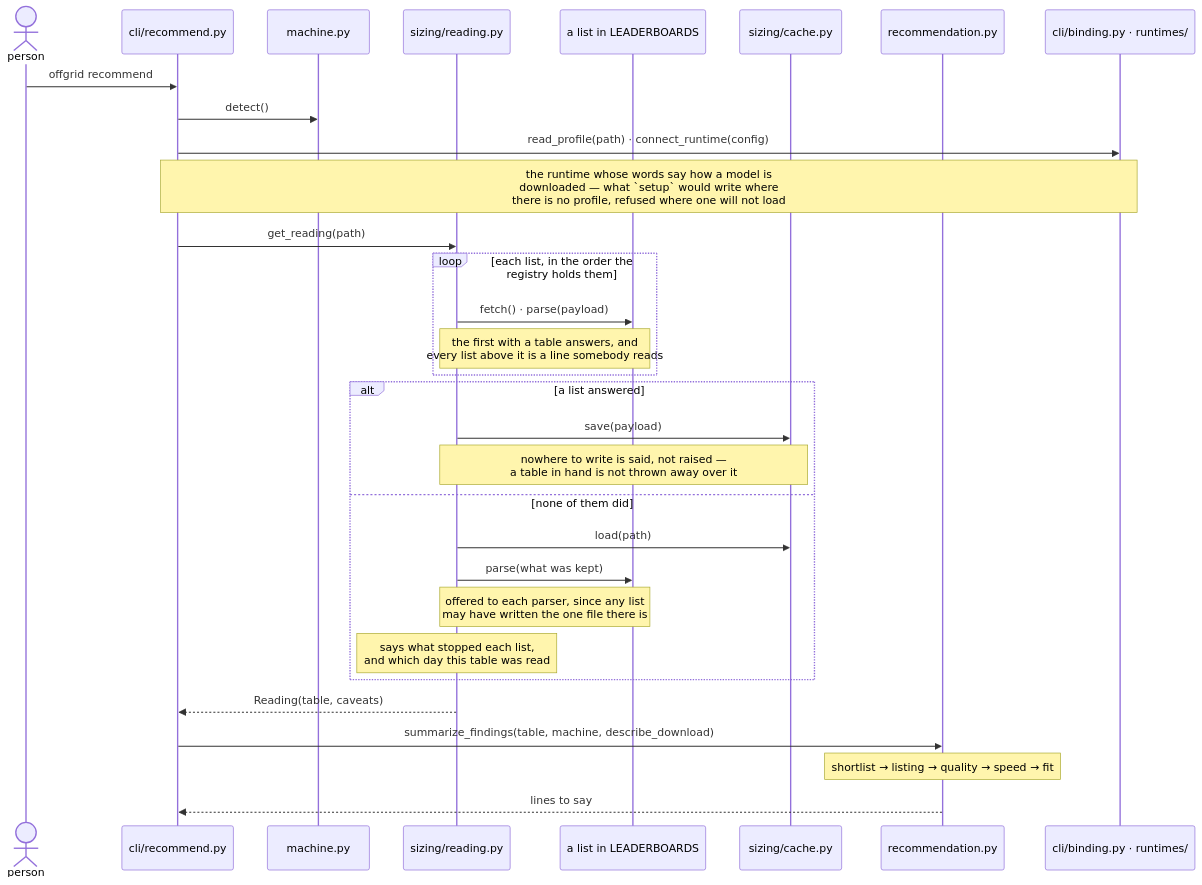
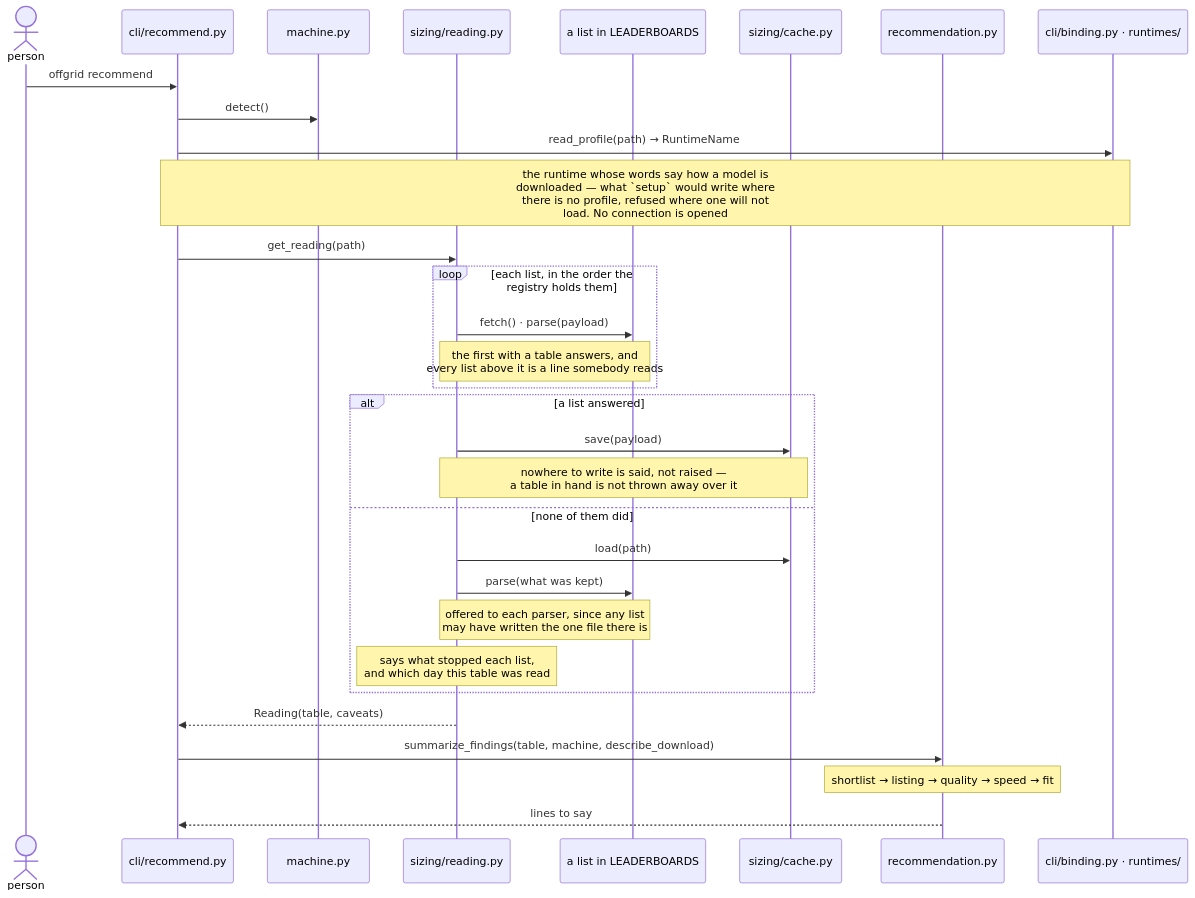
The third of 3 diagrams in docs/architecture.md (pvardanis/offgrid), drawn with Mermaid before and after one commit. The commit also changed other lines of this file and 14 other files, not shown here.

First line of the commit message:
refactor(binding): ask the registry how a model is downloaded

````diff
--- a/docs/architecture.md
+++ b/docs/architecture.md
@@ -365,34 +365,34 @@
 ```mermaid
 sequenceDiagram
     actor P as person
     participant C as cli/recommend.py
     participant M as machine.py
     participant G as sizing/reading.py
     participant O as a list in LEADERBOARDS
     participant K as sizing/cache.py
     participant S as recommendation.py
     participant B as cli/binding.py · runtimes/
 
     P->>C: offgrid recommend
     C->>M: detect()
-    C->>B: read_profile(path) · connect_runtime(config)
-    Note over C,B: the runtime whose words say how a model is<br/>downloaded — what `setup` would write where<br/>there is no profile, refused where one will not load
+    C->>B: read_profile(path) → RuntimeName
+    Note over C,B: the runtime whose words say how a model is<br/>downloaded — what `setup` would write where<br/>there is no profile, refused where one will not<br/>load. No connection is opened
     C->>G: get_reading(path)
     loop each list, in the order the registry holds them
         G->>O: fetch() · parse(payload)
         Note over G,O: the first with a table answers, and<br/>every list above it is a line somebody reads
     end
     alt a list answered
         G->>K: save(payload)
         Note over G,K: nowhere to write is said, not raised —<br/>a table in hand is not thrown away over it
     else none of them did
         G->>K: load(path)
         G->>O: parse(what was kept)
         Note over G,O: offered to each parser, since any list<br/>may have written the one file there is
         Note over G: says what stopped each list,<br/>and which day this table was read
     end
     G-->>C: Reading(table, caveats)
     C->>S: summarize_findings(table, machine, describe_download)
     Note over S: shortlist → listing → quality → speed → fit
     S-->>C: lines to say
 ```
````
